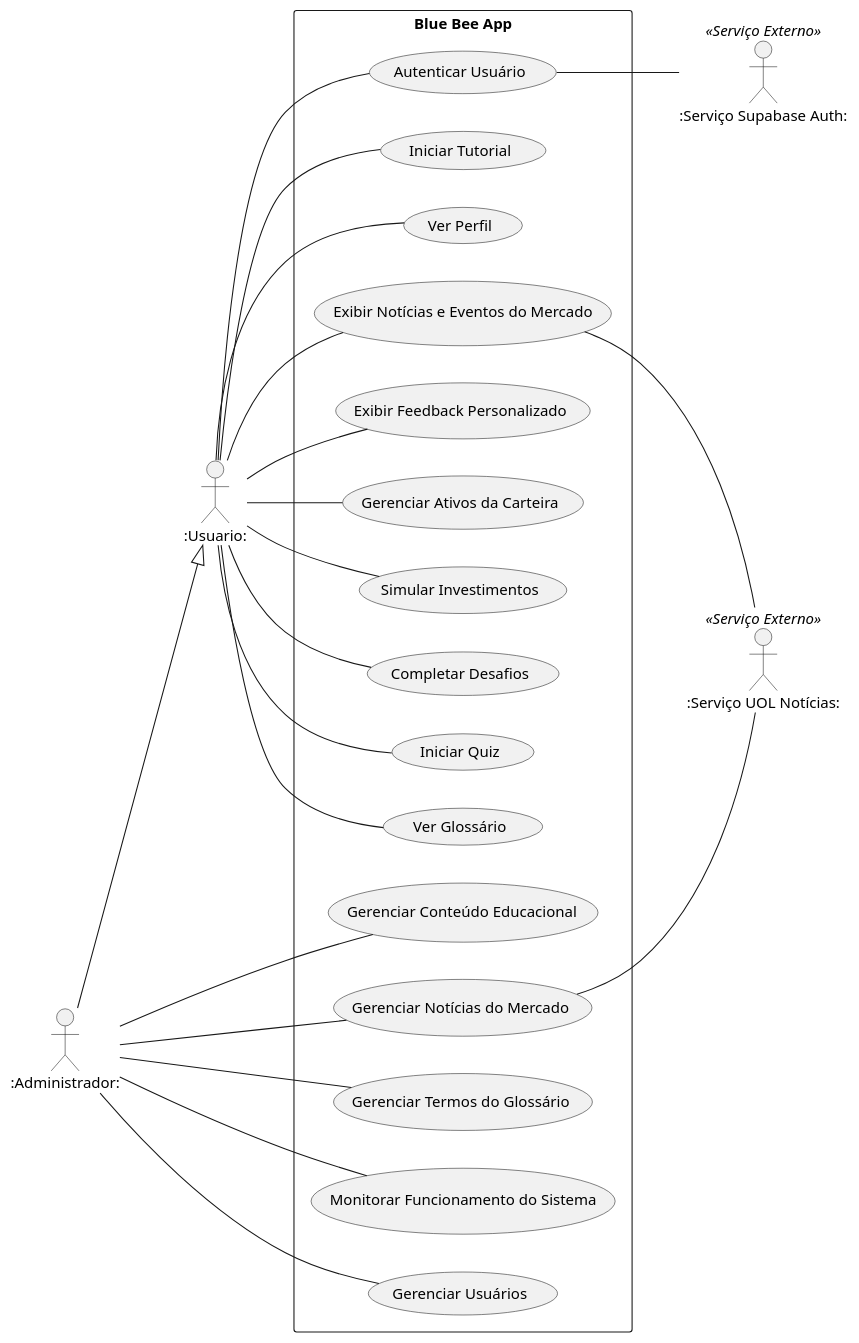
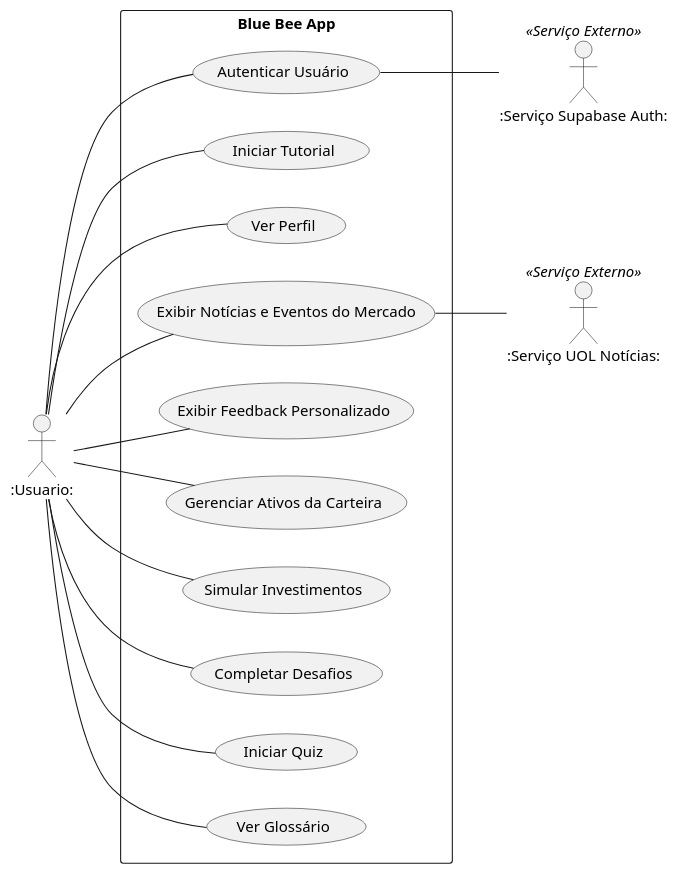
The diagram in casosdeuso.wsd (pedrOfsilveira/diagramas), drawn with PlantUML before and after one commit.

```diff
--- a/casosdeuso.wsd
+++ b/casosdeuso.wsd
@@ -1,52 +1,36 @@
 @startuml
 left to right direction
 
 actor ":Usuario:" as User
-actor ":Administrador:" as Admin
 actor ":Serviço Supabase Auth:" as ServicoSupabaseAuth <<Serviço Externo>>
 actor ":Serviço UOL Notícias:" as ServicoUolApi <<Serviço Externo>>
 
-Admin --|> User
 
 rectangle "Blue Bee App" {
     usecase "Autenticar Usuário" as UC_Auth
     usecase "Iniciar Tutorial" as UC_Tutorial
     usecase "Ver Perfil" as UC_VerPerfil
     usecase "Exibir Notícias e Eventos do Mercado" as UC_ExibirNoticias
     usecase "Exibir Feedback Personalizado" as UC_ExibirFeedback
     usecase "Gerenciar Ativos da Carteira" as UC_GerenciarAtivosCarteira
     usecase "Simular Investimentos" as UC_SimularInvestimentos
     usecase "Completar Desafios" as UC_CompletarDesafios
     usecase "Iniciar Quiz" as UC_IniciarQuiz
     usecase "Ver Glossário" as UC_VerGlossario
-
-    usecase "Gerenciar Conteúdo Educacional" as UC_AdminConteudo
-    usecase "Gerenciar Notícias do Mercado" as UC_AdminNoticias
-    usecase "Gerenciar Termos do Glossário" as UC_AdminGlossario
-    usecase "Monitorar Funcionamento do Sistema" as UC_AdminMonitorar
-    usecase "Gerenciar Usuários" as UC_AdminGerenciarUsuarios
 }
 
 User -- UC_Auth
 User -- UC_Tutorial
 User -- UC_VerPerfil
 User -- UC_ExibirNoticias
 User -- UC_ExibirFeedback
 User -- UC_GerenciarAtivosCarteira
 User -- UC_SimularInvestimentos
 User -- UC_CompletarDesafios
 User -- UC_IniciarQuiz
 User -- UC_VerGlossario
 
-' talvez nao precise de admin
-Admin -- UC_AdminConteudo
-Admin -- UC_AdminNoticias
-Admin -- UC_AdminGlossario
-Admin -- UC_AdminMonitorar
-Admin -- UC_AdminGerenciarUsuarios
-
 UC_Auth -- ServicoSupabaseAuth
 UC_ExibirNoticias -- ServicoUolApi
-UC_AdminNoticias -- ServicoUolApi
 
 @enduml
```
